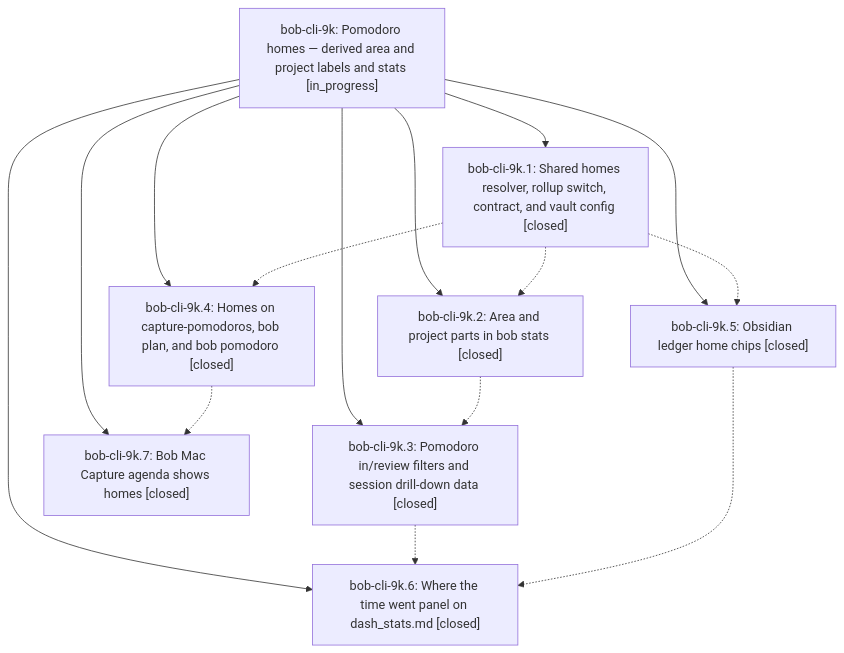
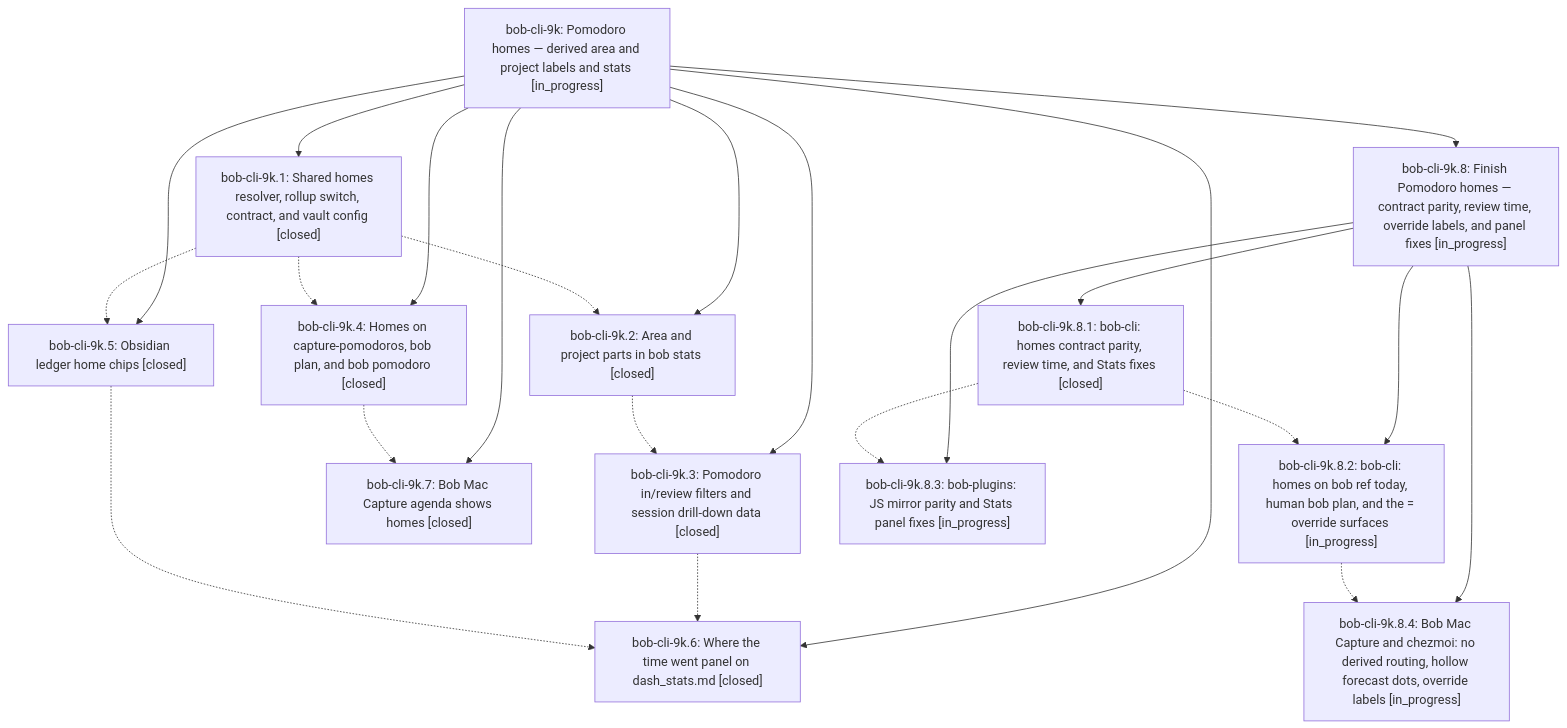
The diagram in pages/bob-cli-9k/README.md (bobs-org/bob-cli--beads), drawn with Mermaid before and after one commit. The commit also changed other lines of this file and 7 other files, not shown here.

First line of the commit message:
chore(beads): sync bead state and pages for bob-cli-9k

````diff
--- a/pages/bob-cli-9k/README.md
+++ b/pages/bob-cli-9k/README.md
@@ -42,25 +48,38 @@
 ```mermaid
 flowchart TD
     n0["bob-cli-9k: Pomodoro homes — derived area and project labels and stats [in_progress]"]
     n1["bob-cli-9k.1: Shared homes resolver, rollup switch, contract, and vault config [closed]"]
     n2["bob-cli-9k.2: Area and project parts in bob stats [closed]"]
     n3["bob-cli-9k.3: Pomodoro in/review filters and session drill-down data [closed]"]
     n4["bob-cli-9k.4: Homes on capture-pomodoros, bob plan, and bob pomodoro [closed]"]
     n5["bob-cli-9k.5: Obsidian ledger home chips [closed]"]
     n6["bob-cli-9k.6: Where the time went panel on dash_stats.md [closed]"]
     n7["bob-cli-9k.7: Bob Mac Capture agenda shows homes [closed]"]
+    n8["bob-cli-9k.8: Finish Pomodoro homes — contract parity, review time, override labels, and panel fixes [in_progress]"]
+    n9["bob-cli-9k.8.1: bob-cli: homes contract parity, review time, and Stats fixes [closed]"]
+    n10["bob-cli-9k.8.2: bob-cli: homes on bob ref today, human bob plan, and the = override surfaces [in_progress]"]
+    n11["bob-cli-9k.8.3: bob-plugins: JS mirror parity and Stats panel fixes [in_progress]"]
+    n12["bob-cli-9k.8.4: Bob Mac Capture and chezmoi: no derived routing, hollow forecast dots, override labels [in_progress]"]
     n0 --> n1
     n0 --> n2
     n0 --> n3
     n0 --> n4
     n0 --> n5
     n0 --> n6
     n0 --> n7
+    n0 --> n8
+    n8 --> n9
+    n8 --> n10
+    n8 --> n11
+    n8 --> n12
     n1 -.-> n2
     n1 -.-> n4
     n1 -.-> n5
     n2 -.-> n3
     n3 -.-> n6
     n4 -.-> n7
     n5 -.-> n6
+    n9 -.-> n10
+    n9 -.-> n11
+    n10 -.-> n12
 ```
````
